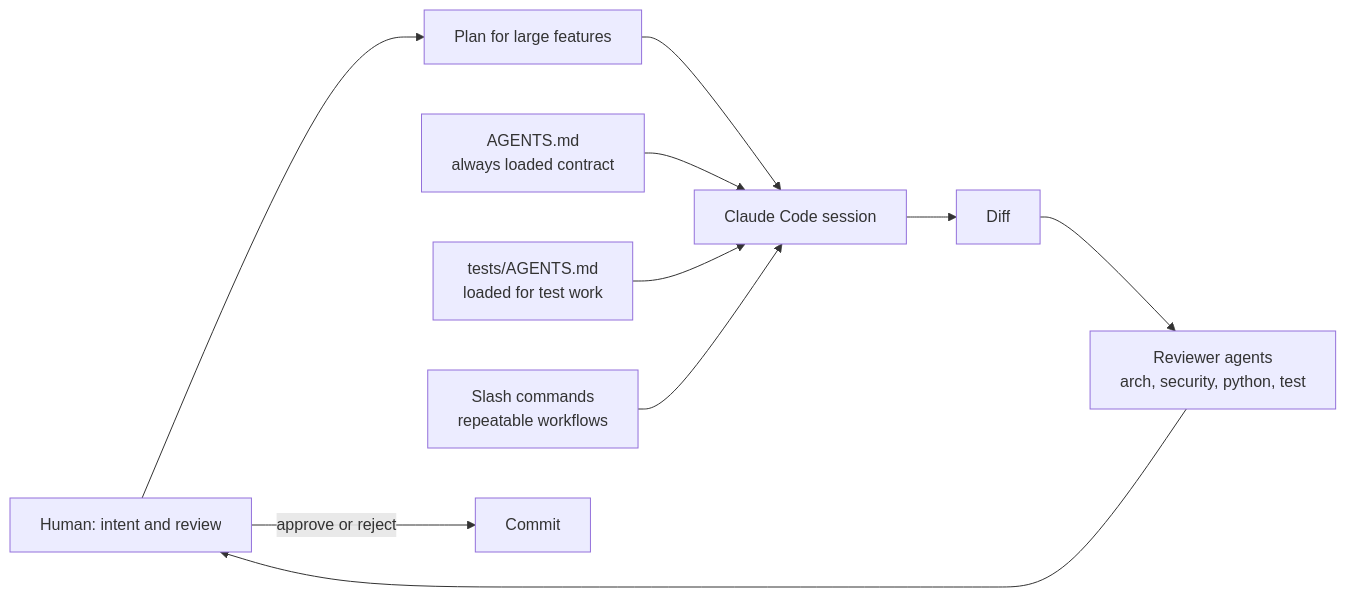
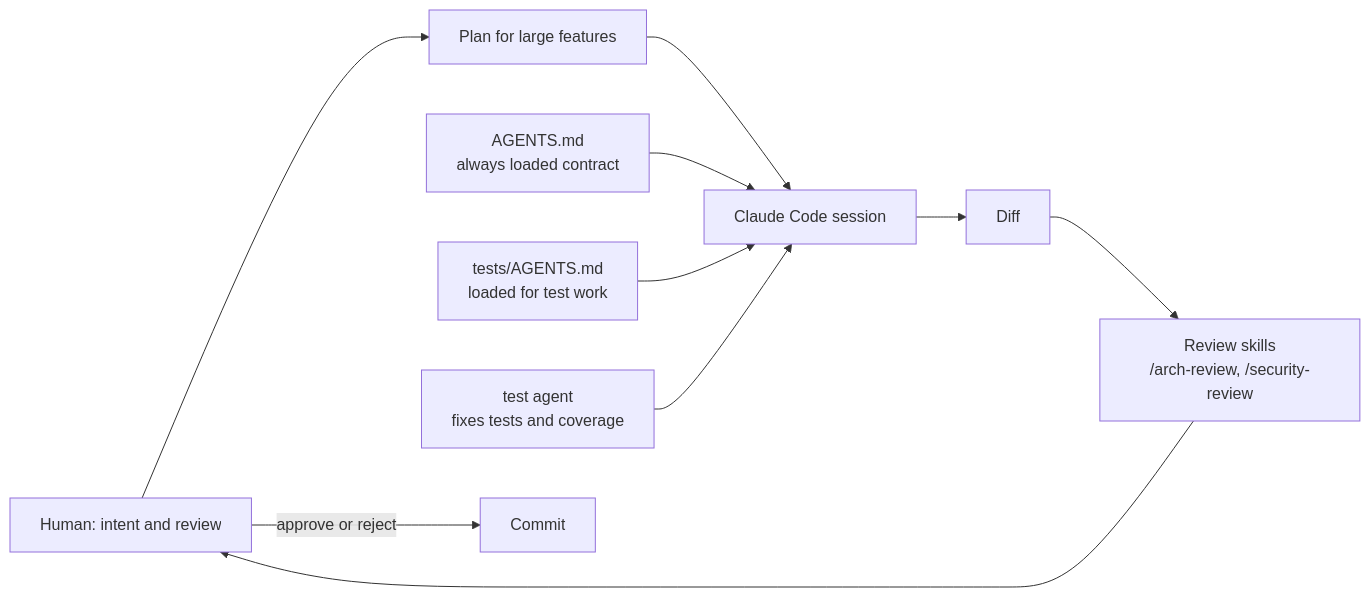
One commit to ychab/museflow changed the second of 2 diagrams in docs/technical/ai-assisted-development.md. Above: the diagram before and after it, drawn with Mermaid. The commit also changed other lines of this file and 18 other files, not shown here.

First line of the commit message:
chore: prune .claude to the skills and agent in use

````diff
--- a/docs/technical/ai-assisted-development.md
+++ b/docs/technical/ai-assisted-development.md
@@ -67,12 +69,12 @@
 ```mermaid
 flowchart LR
     H["Human: intent and review"] --> P["Plan for large features"]
     P --> C["Claude Code session"]
     CL["AGENTS.md<br/>always loaded contract"] --> C
     CV["tests/AGENTS.md<br/>loaded for test work"] --> C
-    CMD["Slash commands<br/>repeatable workflows"] --> C
+    T["test agent<br/>fixes tests and coverage"] --> C
     C --> D["Diff"]
-    D --> A["Reviewer agents<br/>arch, security, python, test"]
+    D --> A["Review skills<br/>/arch-review, /security-review"]
     A --> H
     H -->|"approve or reject"| G["Commit"]
 ```
````
